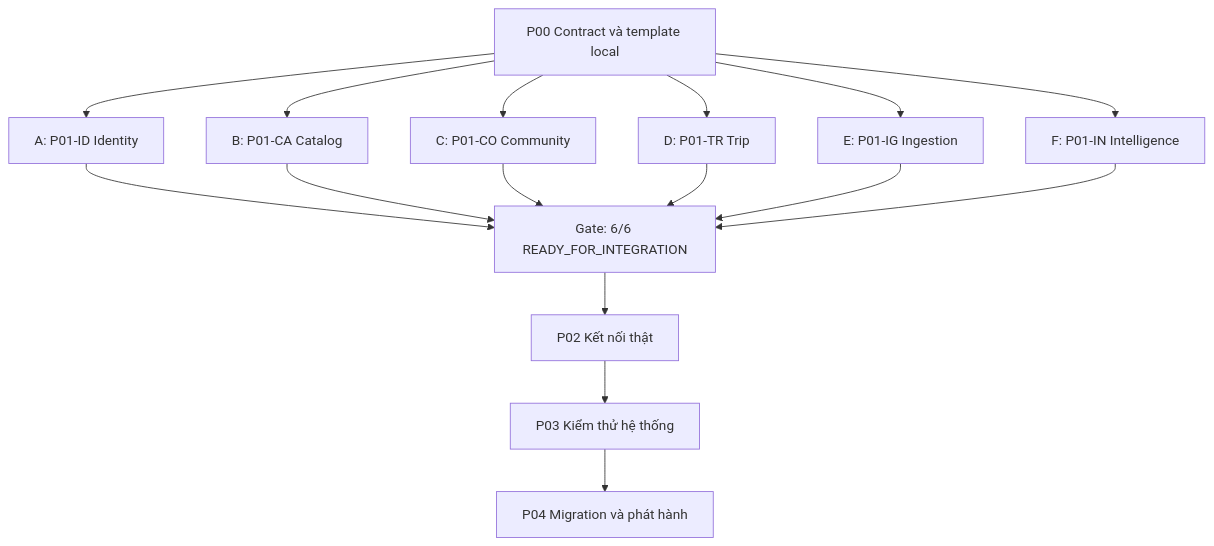
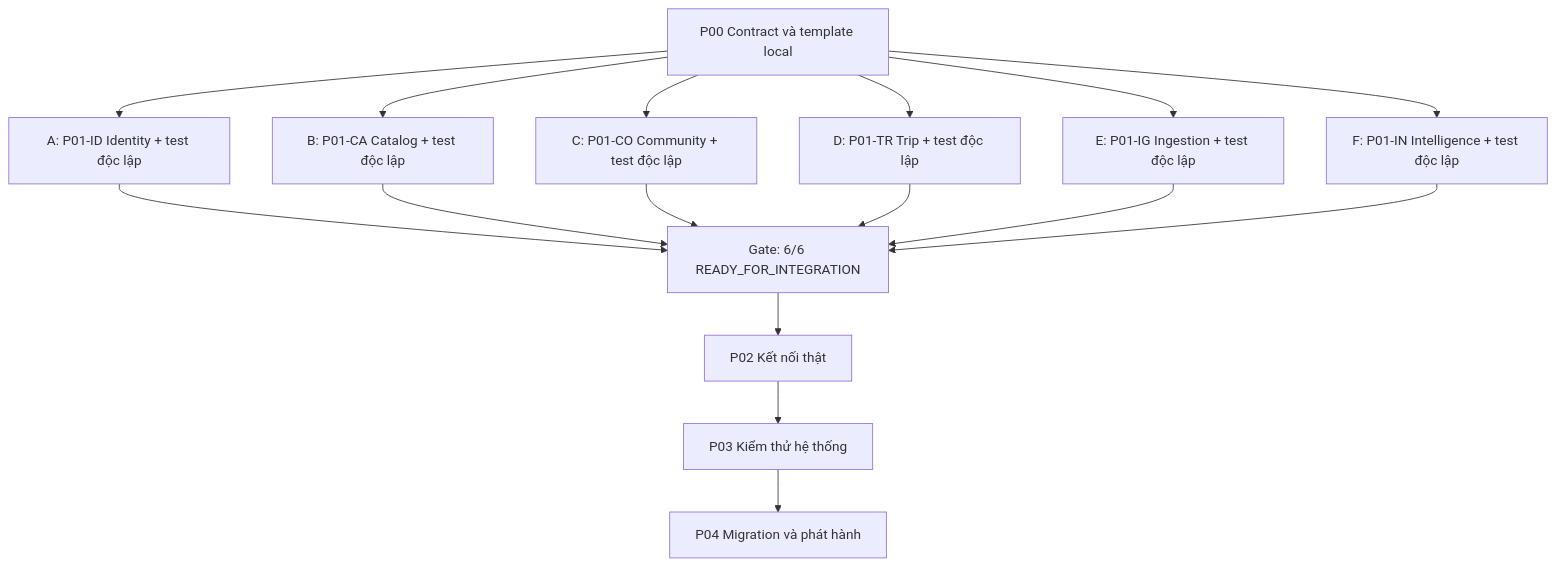
Before and after one commit to 24521914-ux/SmartTravel_VN_2.0: the diagram in plan/phases/README.md, drawn with Mermaid. The commit also changed other lines of this file and 26 other files, not shown here.

````diff
--- a/plan/phases/README.md
+++ b/plan/phases/README.md
@@ -13,18 +13,18 @@
 ```mermaid
 flowchart TB
-  P00["P00 Contract và template local"] --> ID["A: P01-ID Identity"]
-  P00 --> CA["B: P01-CA Catalog"]
-  P00 --> CO["C: P01-CO Community"]
-  P00 --> TR["D: P01-TR Trip"]
-  P00 --> IG["E: P01-IG Ingestion"]
-  P00 --> IN["F: P01-IN Intelligence"]
+  P00["P00 Contract và template local"] --> ID["A: P01-ID Identity + test độc lập"]
+  P00 --> CA["B: P01-CA Catalog + test độc lập"]
+  P00 --> CO["C: P01-CO Community + test độc lập"]
+  P00 --> TR["D: P01-TR Trip + test độc lập"]
+  P00 --> IG["E: P01-IG Ingestion + test độc lập"]
+  P00 --> IN["F: P01-IN Intelligence + test độc lập"]
   ID --> G["Gate: 6/6 READY_FOR_INTEGRATION"]
   CA --> G
   CO --> G
   TR --> G
   IG --> G
   IN --> G
   G --> P02["P02 Kết nối thật"]
   P02 --> P03["P03 Kiểm thử hệ thống"]
   P03 --> P04["P04 Migration và phát hành"]
 ```
````
